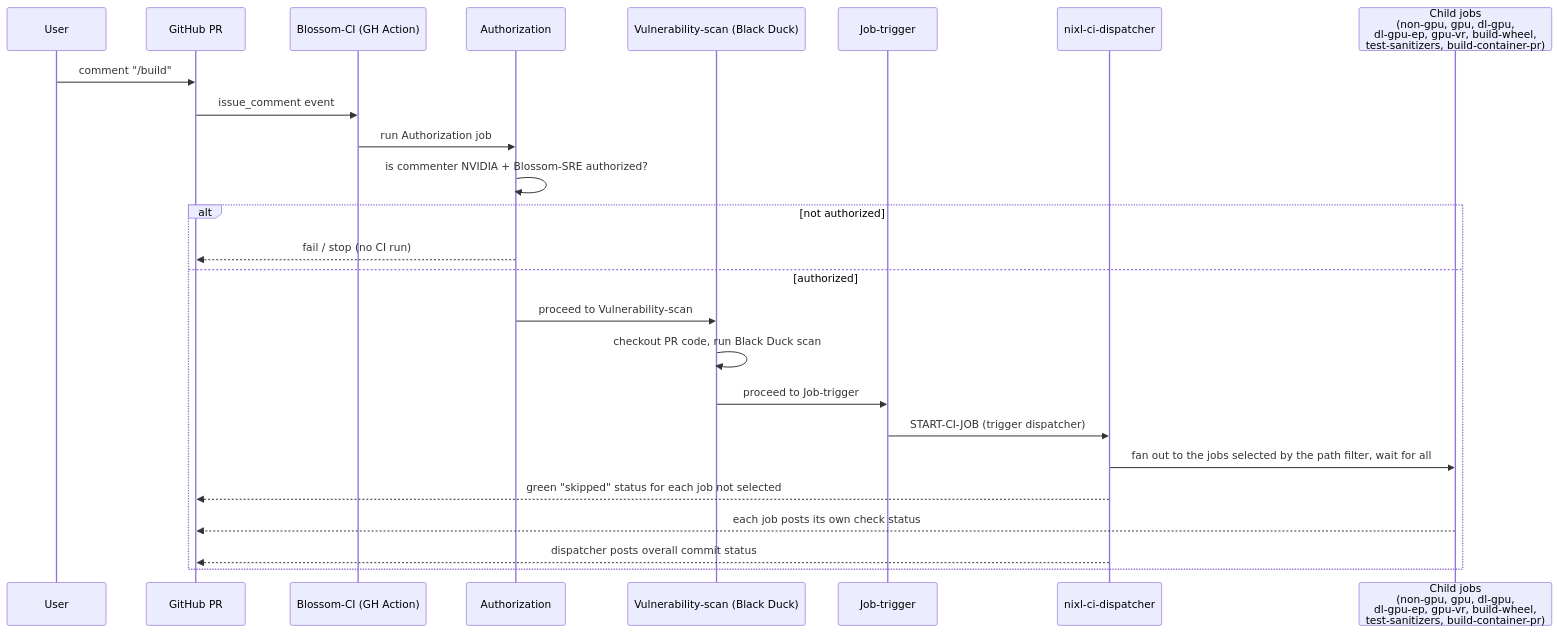
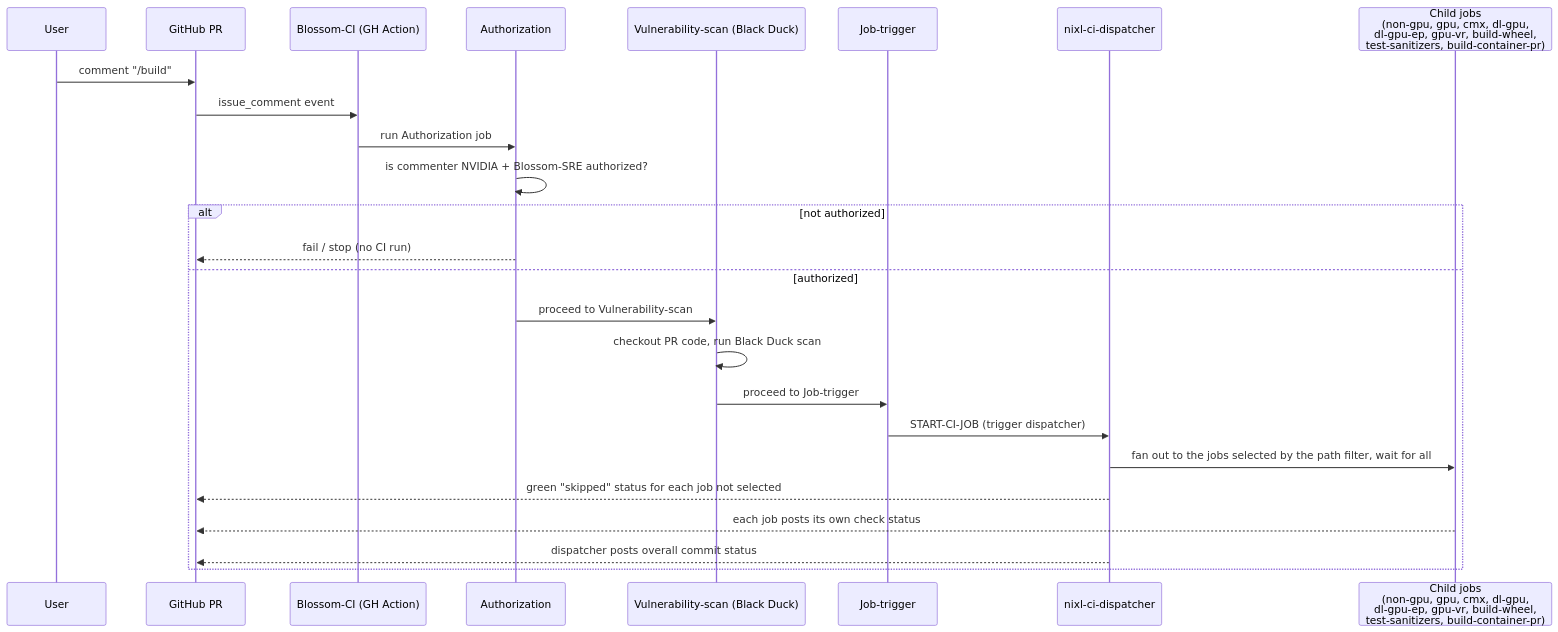
The diagram in .ci/docs/ci-overview.md (ai-dynamo/nixl), drawn with Mermaid before and after one commit. The commit also changed other lines of this file and 7 other files, not shown here.

````diff
--- a/.ci/docs/ci-overview.md
+++ b/.ci/docs/ci-overview.md
@@ -98,28 +98,28 @@
 ```mermaid
 sequenceDiagram
     participant User
     participant GH as GitHub PR
     participant Blossom as Blossom-CI (GH Action)
     participant Auth as Authorization
     participant Scan as Vulnerability-scan (Black Duck)
     participant Trigger as Job-trigger
     participant Jenkins as nixl-ci-dispatcher
-    participant Children as Child jobs<br/>(non-gpu, gpu, dl-gpu,<br/>dl-gpu-ep, gpu-vr, build-wheel,<br/>test-sanitizers, build-container-pr)
+    participant Children as Child jobs<br/>(non-gpu, gpu, cmx, dl-gpu,<br/>dl-gpu-ep, gpu-vr, build-wheel,<br/>test-sanitizers, build-container-pr)
 
     User->>GH: comment "/build"
     GH->>Blossom: issue_comment event
     Blossom->>Auth: run Authorization job
     Auth->>Auth: is commenter NVIDIA + Blossom-SRE authorized?
     alt not authorized
         Auth-->>GH: fail / stop (no CI run)
     else authorized
         Auth->>Scan: proceed to Vulnerability-scan
         Scan->>Scan: checkout PR code, run Black Duck scan
         Scan->>Trigger: proceed to Job-trigger
         Trigger->>Jenkins: START-CI-JOB (trigger dispatcher)
         Jenkins->>Children: fan out to the jobs selected by the path filter, wait for all
         Jenkins-->>GH: green "skipped" status for each job not selected
         Children-->>GH: each job posts its own check status
         Jenkins-->>GH: dispatcher posts overall commit status
     end
 ```
````
